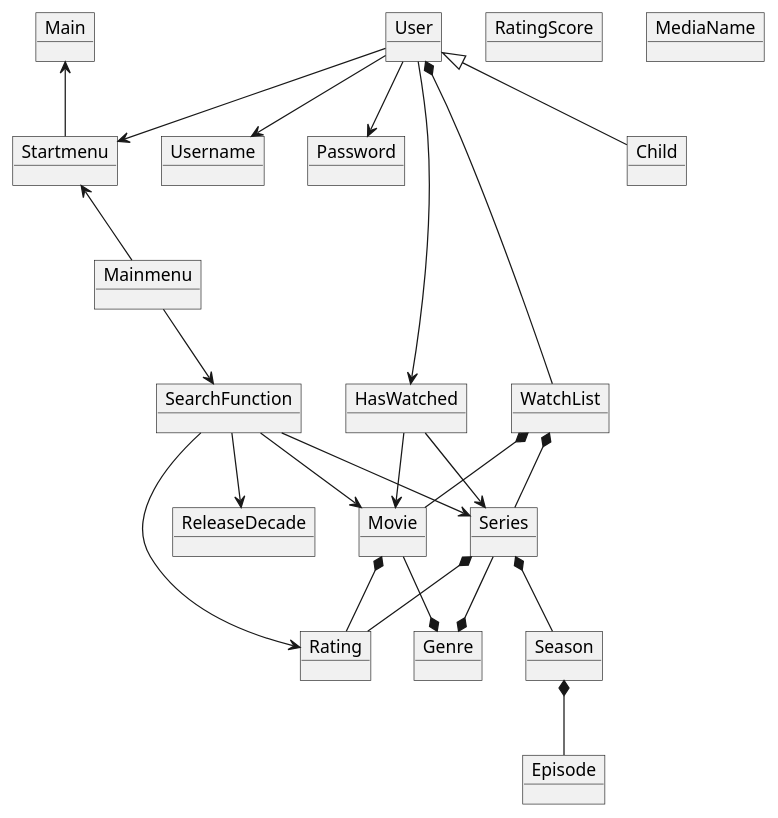
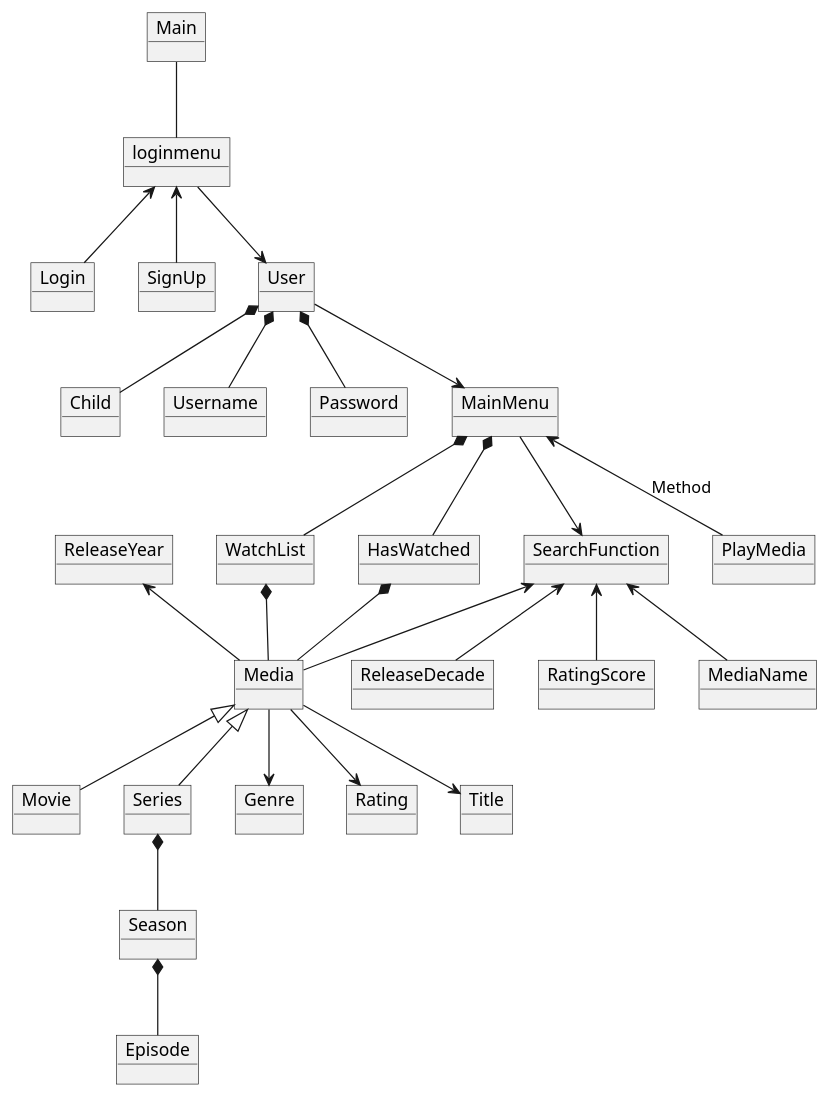
The diagram in doc/domænemodel.puml (alex1234567897/Sp3), drawn with PlantUML before and after one commit. The commit also changed 2 other files, not shown here.

Commit message:
Added to classdiagram

```diff
--- a/doc/domænemodel.puml
+++ b/doc/domænemodel.puml
@@ -1,46 +1,56 @@
 @startuml
 
-object Startmenu
-object Mainmenu
+object loginmenu
+object Login
+object SignUp
 object User
 object Child
 object Username
 object Password
 object WatchList
 object Movie
 object Series
 object Season
 object Episode
 object Genre
 object Main
 object Rating
 object HasWatched
 object SearchFunction
 object ReleaseDecade
 object RatingScore
 object MediaName
+object Media
+object ReleaseYear
+object Title
+object MainMenu
+object PlayMedia
 
-Mainmenu --> SearchFunction
-SearchFunction --> Rating
-SearchFunction --> Movie
-SearchFunction --> Series
-SearchFunction --> ReleaseDecade
-Movie --* Genre
-Series --* Genre
+
+loginmenu <-- Login
+loginmenu <-- SignUp
+loginmenu --> User
+SearchFunction <-- RatingScore
+SearchFunction <-- MediaName
+SearchFunction <-- ReleaseDecade
 Series *-- Season
-Movie *-- Rating
-Series *-- Rating
+Media --> Rating
 Season *-- Episode
-Main <-- Startmenu
-Startmenu <-- Mainmenu
-User --> Username
-User --> Password
-User --> Startmenu
-User <|-- Child
-User *-- WatchList
-User --> HasWatched
-HasWatched --> Movie
-HasWatched --> Series
-WatchList *-- Movie
-WatchList *-- Series
+Main -- loginmenu
+User *-- Username
+User *-- Password
+User --> MainMenu
+MainMenu --> SearchFunction
+MainMenu <-- PlayMedia : Method
+User *-- Child
+MainMenu *-- WatchList
+MainMenu *-- HasWatched
+HasWatched *-- Media
+WatchList *-- Media
+Media <|-- Movie
+Media <|-- Series
+Media --> Genre
+SearchFunction <-- Media
+ReleaseYear <-- Media
+Media --> Title
 @enduml
```
